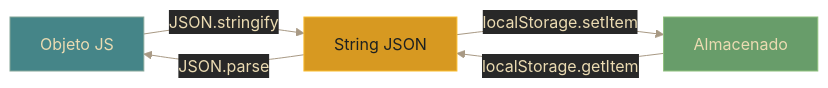
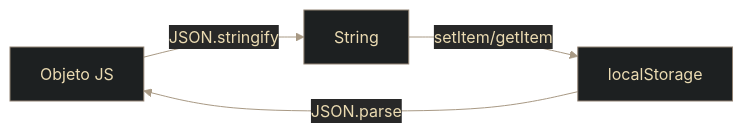
One commit to NachoOsella/notes-vault changed the diagram in Progra 3/02 - Front End/02.02 - U2 DOM y JavaScript Avanzado/13 - Storage - localStorage.md. Above: the diagram before and after it, drawn with Mermaid. The commit also changed other lines of this file and 32 other files, not shown here.

````diff
--- a/Progra 3/02 - Front End/02.02 - U2 DOM y JavaScript Avanzado/13 - Storage - localStorage.md
+++ b/Progra 3/02 - Front End/02.02 - U2 DOM y JavaScript Avanzado/13 - Storage - localStorage.md
@@ -64,12 +33,7 @@
 ```mermaid
 %%{init: {'theme': 'base', 'themeVariables': { 'primaryColor': '#1d2021', 'primaryTextColor': '#ebdbb2', 'primaryBorderColor': '#928374', 'lineColor': '#a89984', 'secondaryColor': '#282828', 'tertiaryColor': '#3c3836'}}}%%
 flowchart LR
-    A[Objeto JS] -->|JSON.stringify| B[String JSON]
-    B -->|localStorage.setItem| C[Almacenado]
-    C -->|localStorage.getItem| B
-    B -->|JSON.parse| A
-    
-    style A fill:#458588,stroke:#83a598,color:#ebdbb2
-    style B fill:#d79921,stroke:#fabd2f,color:#1d2021
-    style C fill:#689d6a,stroke:#8ec07c,color:#ebdbb2
+    A[Objeto JS] -->|JSON.stringify| B[String]
+    B -->|setItem/getItem| C[localStorage]
+    C -->|JSON.parse| A
 ```
````
